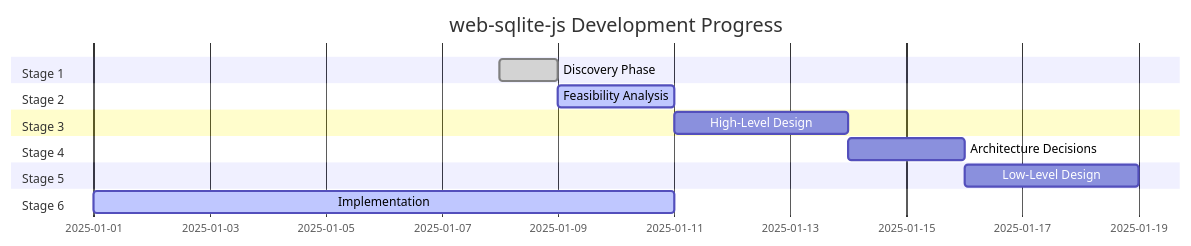
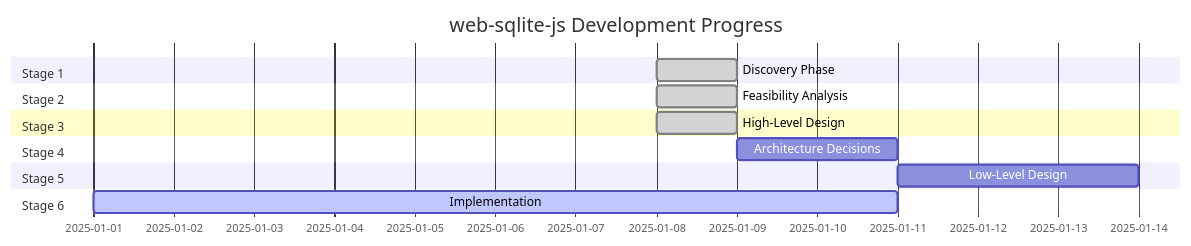
The diagram in docs/00-control/01-status.md (wuchuheng/web-sqlite-v2), drawn with Mermaid before and after one commit. The commit also changed other lines of this file and 4 other files, not shown here.

First line of the commit message:
docs(stage2): add feasibility analysis

````diff
--- a/docs/00-control/01-status.md
+++ b/docs/00-control/01-status.md
@@ -11,17 +11,17 @@
 ```mermaid
 gantt
     title web-sqlite-js Development Progress
     dateFormat  YYYY-MM-DD
     section Stage 1
     Discovery Phase           :done,    des1, 2025-01-08, 1d
     section Stage 2
-    Feasibility Analysis      :active,  des2, 2025-01-09, 2d
+    Feasibility Analysis      :done,    des2, 2025-01-08, 1d
     section Stage 3
-    High-Level Design         :         des3, after des2, 3d
+    High-Level Design         :done,    des3, 2025-01-08, 1d
     section Stage 4
     Architecture Decisions    :         des4, after des3, 2d
     section Stage 5
     Low-Level Design          :         des5, after des4, 3d
     section Stage 6
     Implementation            :active,  des6, 2025-01-01, 10d
 ```
````
